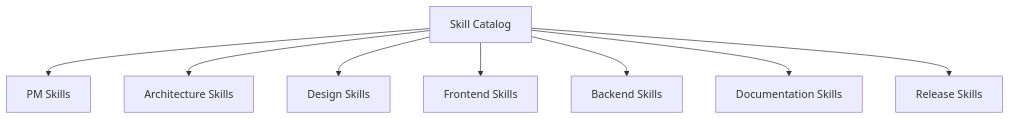
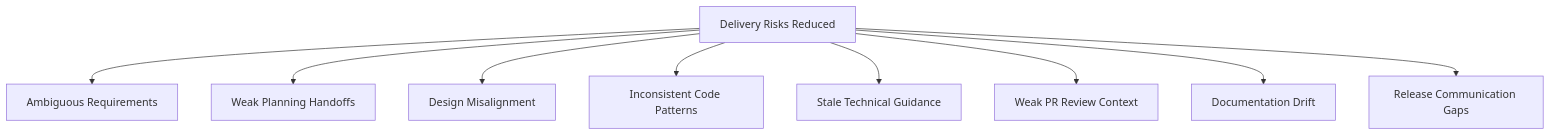
Before and after one commit to refat-asadullah-creolytix-dev/refat-asadullah-creolytix-dev: diagram 16 of 18 in creolytix-ai-delivery-model.md, drawn with Mermaid. The commit also changed other lines of this file, not shown here.

````diff
--- a/creolytix-ai-delivery-model.md
+++ b/creolytix-ai-delivery-model.md
@@ -809,10 +466,11 @@
 ```mermaid
 flowchart TB
-    A[Skill Catalog] --> B[PM Skills]
-    A --> C[Architecture Skills]
-    A --> D[Design Skills]
-    A --> E[Frontend Skills]
-    A --> F[Backend Skills]
-    A --> G[Documentation Skills]
-    A --> H[Release Skills]
+    A[Delivery Risks Reduced] --> B[Ambiguous Requirements]
+    A --> C[Weak Planning Handoffs]
+    A --> D[Design Misalignment]
+    A --> E[Inconsistent Code Patterns]
+    A --> F[Stale Technical Guidance]
+    A --> G[Weak PR Review Context]
+    A --> H[Documentation Drift]
+    A --> I[Release Communication Gaps]
 ```
````
